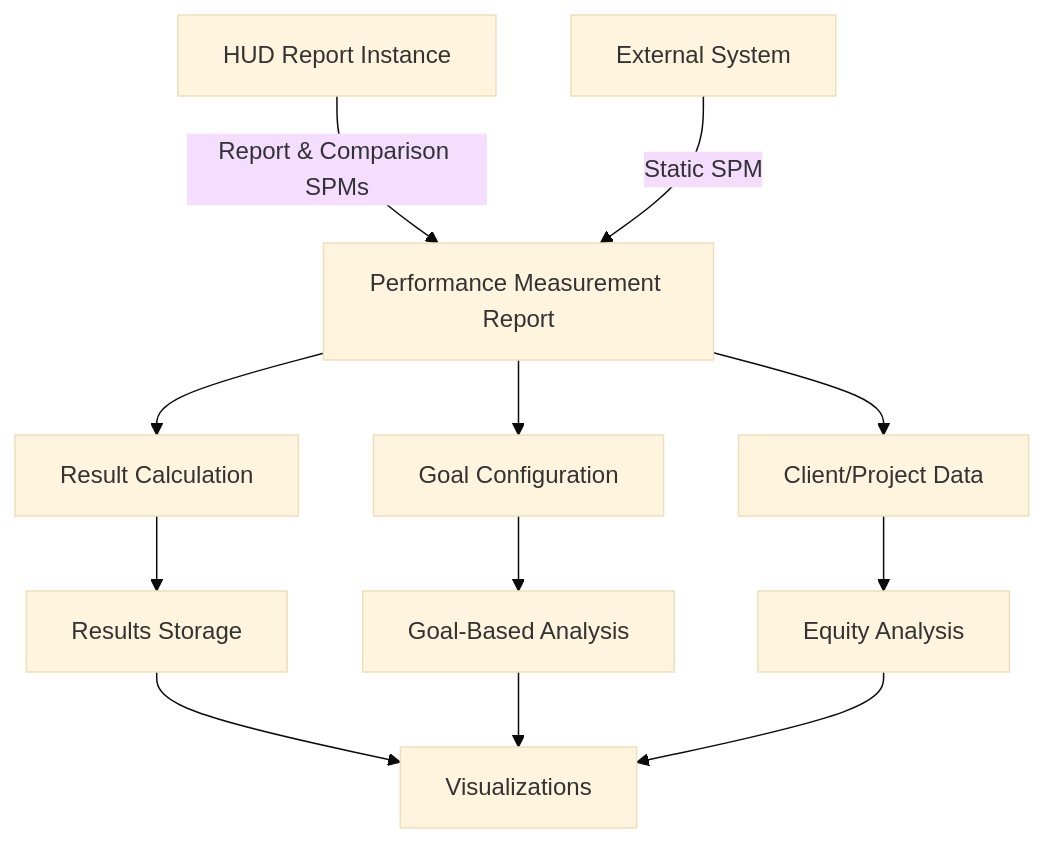
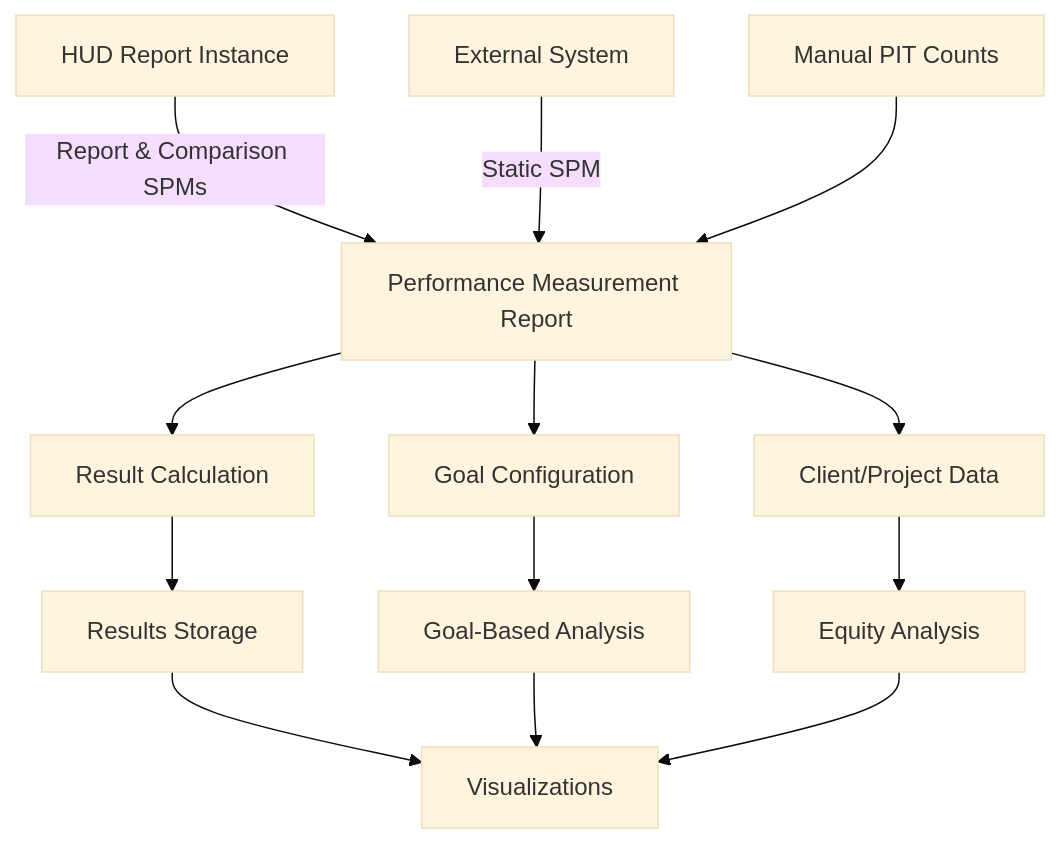
Before and after one commit to greenriver/hmis-warehouse: the first of 2 diagrams in drivers/performance_measurement/README.md, drawn with Mermaid (base theme). The commit also changed other lines of this file and 1 other file, not shown here.

````diff
--- a/drivers/performance_measurement/README.md
+++ b/drivers/performance_measurement/README.md
@@ -20,14 +23,15 @@
 ```mermaid
 graph TD
     A[HUD Report Instance] -->|Report & Comparison SPMs| B[Performance Measurement Report]
     Z[External System] -->|Static SPM| B
+    Y[Manual PIT Counts] --> B
     B --> C[Result Calculation]
     C --> D[Results Storage]
     B --> E[Goal Configuration]
     E --> F[Goal-Based Analysis]
     B --> G[Client/Project Data]
     G --> H[Equity Analysis]
     D --> I[Visualizations]
     F --> I
     H --> I
 ```
````
